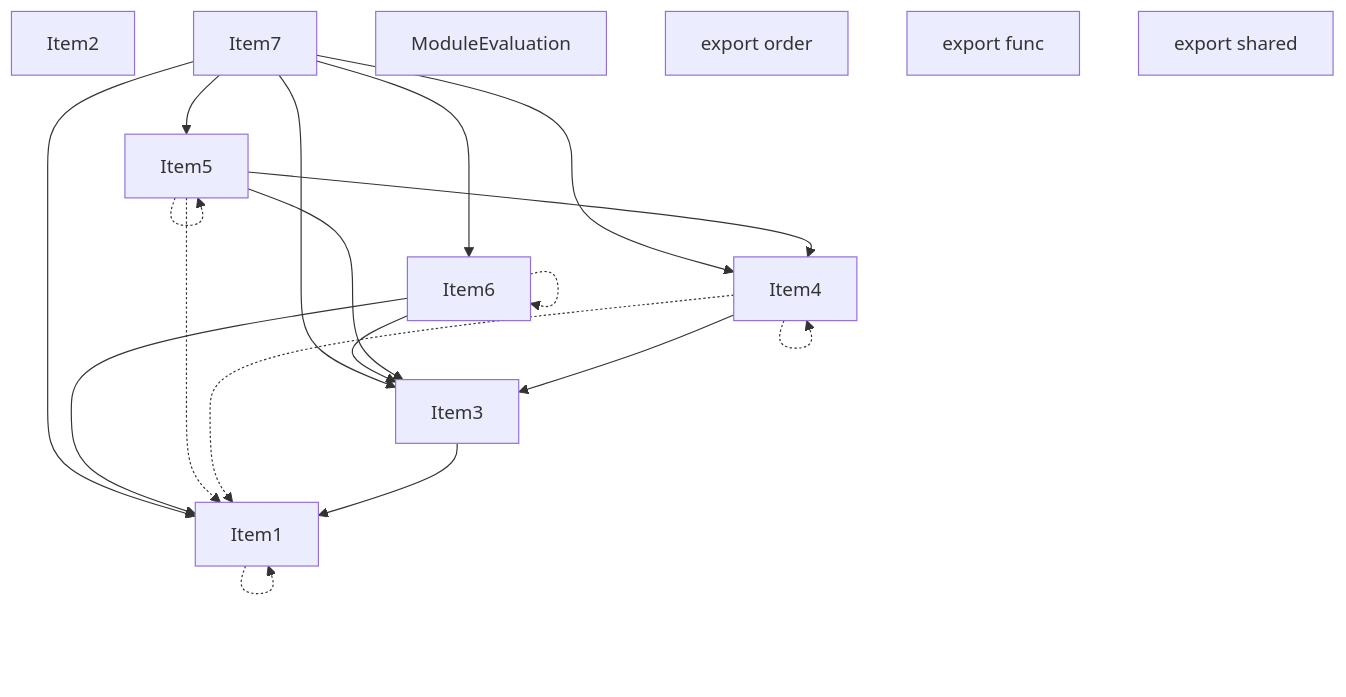
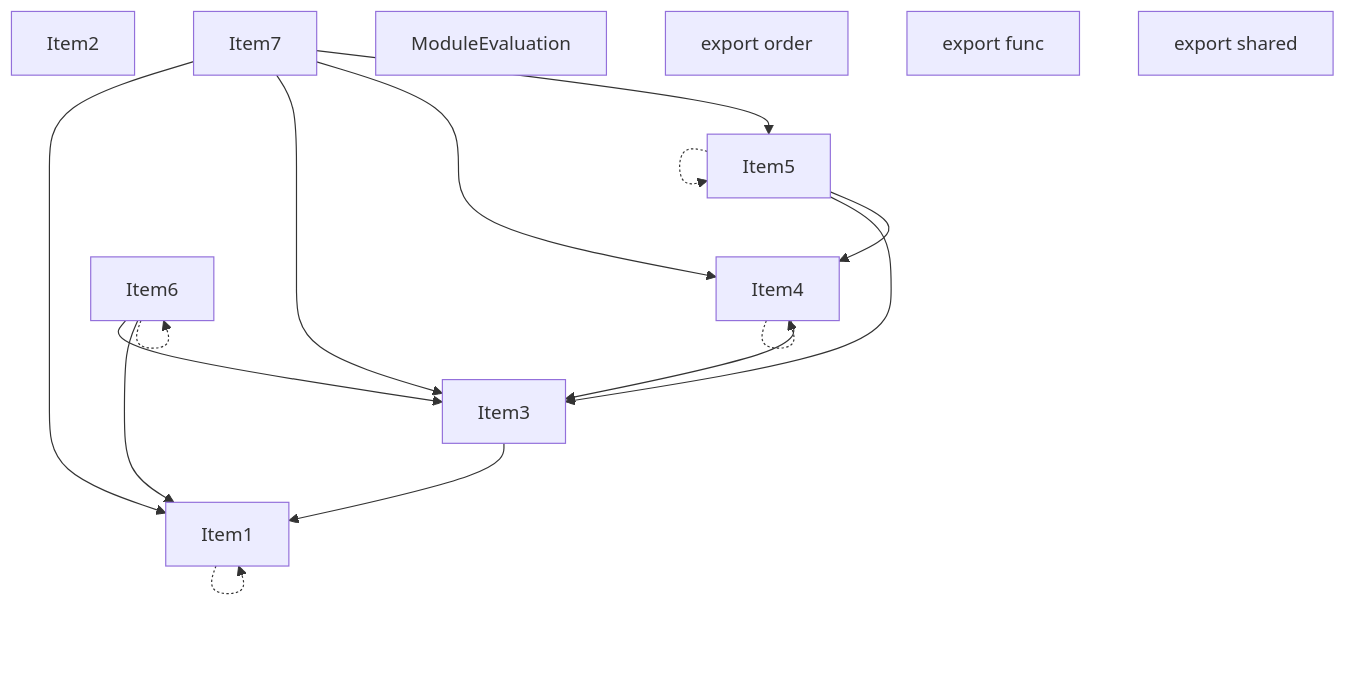
One commit to vercel/turborepo changed the second of 5 diagrams in crates/turbopack-ecmascript/tests/tree-shaker/analyzer/write-order/output.md. Above: the diagram before and after it, drawn with Mermaid. The commit also changed other lines of this file and 20 other files, not shown here.

````diff
--- a/crates/turbopack-ecmascript/tests/tree-shaker/analyzer/write-order/output.md
+++ b/crates/turbopack-ecmascript/tests/tree-shaker/analyzer/write-order/output.md
@@ -107,35 +107,32 @@
 ```mermaid
 graph TD
     Item1;
     Item2;
     Item3;
     Item4;
     Item5;
     Item6;
     Item7;
     Item8;
     Item8["ModuleEvaluation"];
     Item9;
     Item9["export order"];
     Item10;
     Item10["export func"];
     Item11;
     Item11["export shared"];
     Item1 -.-> Item1;
     Item3 --> Item1;
     Item4 -.-> Item4;
     Item4 --> Item3;
-    Item4 -.-> Item1;
     Item5 -.-> Item5;
     Item5 --> Item3;
     Item5 --> Item4;
-    Item5 -.-> Item1;
+    Item6 --> Item3;
     Item6 --> Item1;
-    Item6 --> Item3;
     Item6 -.-> Item6;
     Item7 --> Item1;
     Item7 --> Item3;
-    Item7 --> Item6;
     Item7 --> Item4;
     Item7 --> Item5;
 ```
````
